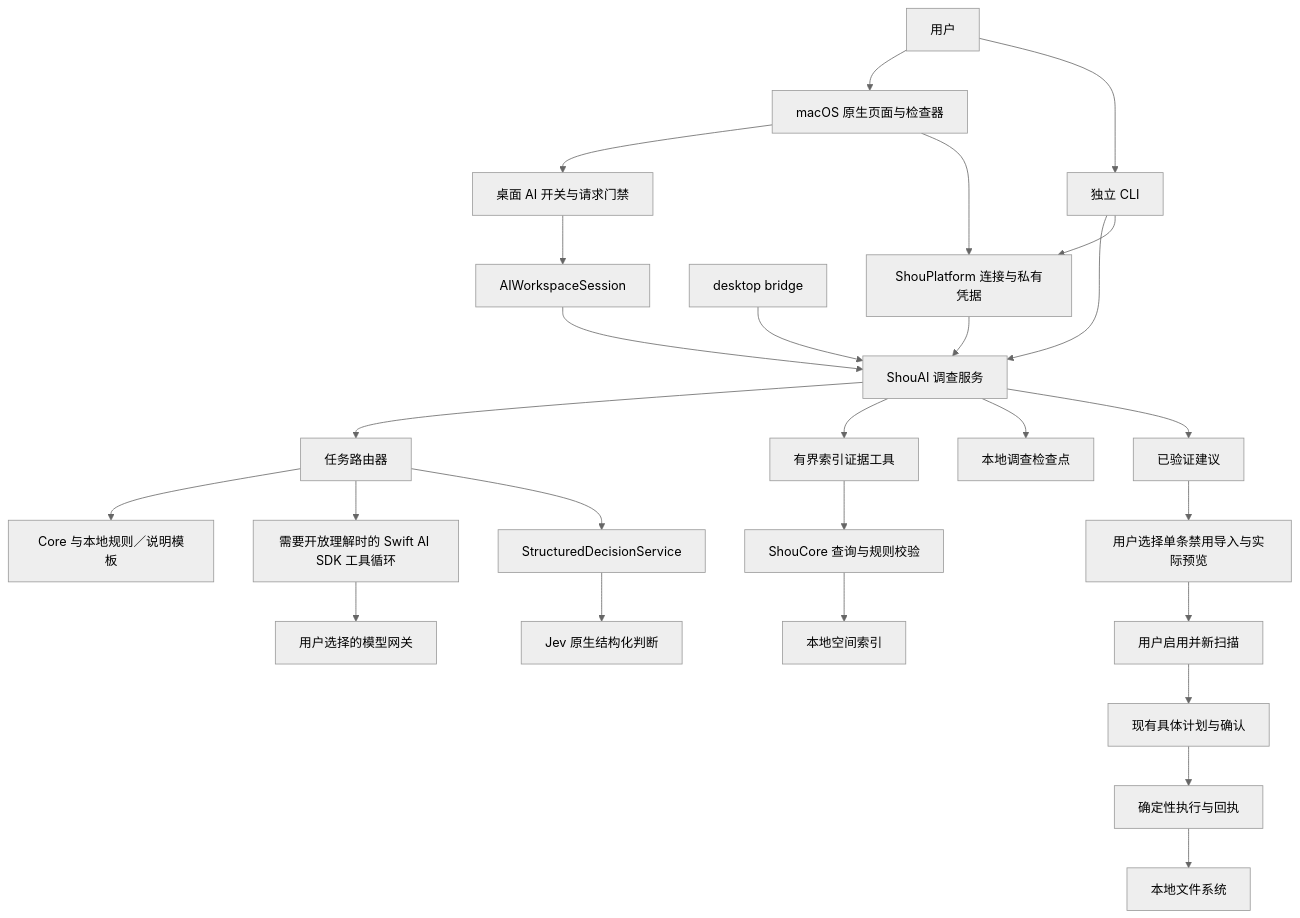
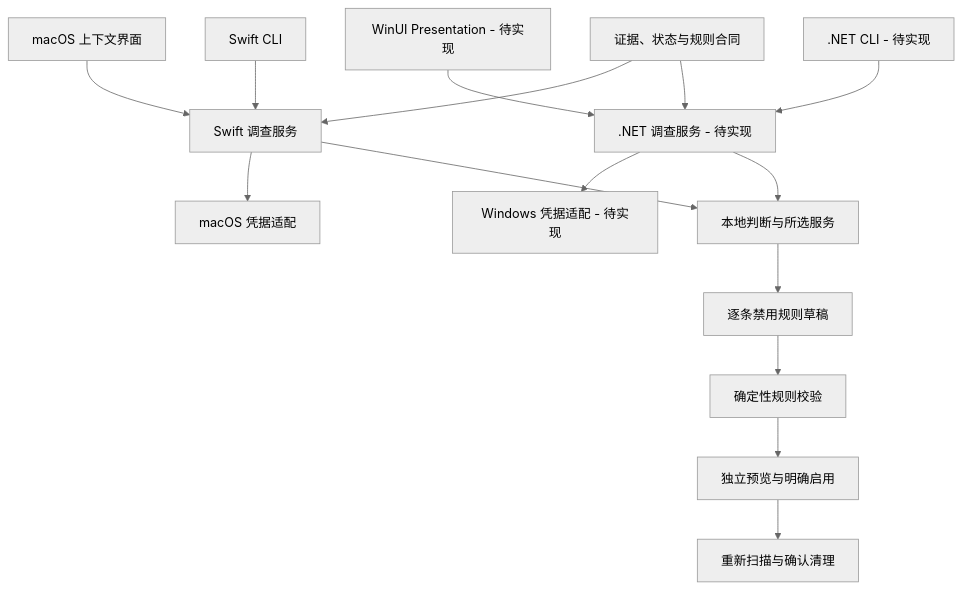
Before and after one commit to limecloud/shou: the first of 4 diagrams in docs/zh-CN/architecture/embedded-ai.md, drawn with Mermaid (neutral theme). The commit also changed other lines of this file and 312 other files, not shown here.

````diff
--- a/docs/zh-CN/architecture/embedded-ai.md
+++ b/docs/zh-CN/architecture/embedded-ai.md
@@ -9,29 +9,17 @@
 ```mermaid
 flowchart TB
-    User[用户] --> Desktop[macOS 原生页面与检查器]
-    User --> CLI[独立 CLI]
-    Desktop --> Gate[桌面 AI 开关与请求门禁]
-    Gate --> Session[AIWorkspaceSession]
-    Session --> Service[ShouAI 调查服务]
-    CLI --> Service
-    Bridge[desktop bridge] --> Service
-    Service --> Route[任务路由器]
-    Route --> Local[Core 与本地规则／说明模板]
-    Route --> SDK[需要开放理解时的 Swift AI SDK 工具循环]
-    SDK --> Provider[用户选择的模型网关]
-    Route --> Decision[StructuredDecisionService]
-    Decision --> Jev[Jev 原生结构化判断]
-    Service --> Evidence[有界索引证据工具]
-    Evidence --> Core[ShouCore 查询与规则校验]
-    Core --> Index[本地空间索引]
-    Service --> Checkpoint[本地调查检查点]
-    Desktop --> Profiles[ShouPlatform 连接与私有凭据]
-    CLI --> Profiles
-    Profiles --> Service
-    Service --> Advice[已验证建议]
-    Advice --> Preview[用户选择单条禁用导入与实际预览]
-    Preview --> Review[用户启用并新扫描]
-    Review --> Confirm[现有具体计划与确认]
-    Confirm --> Execute[确定性执行与回执]
-    Execute --> Files[本地文件系统]
+    MacUI[macOS 上下文界面] --> Swift[Swift 调查服务]
+    MacCLI[Swift CLI] --> Swift
+    WinUI[WinUI Presentation - 待实现] --> Dotnet[.NET 调查服务 - 待实现]
+    WinCLI[.NET CLI - 待实现] --> Dotnet
+    Contract[证据、状态与规则合同] --> Swift
+    Contract --> Dotnet
+    Swift --> MacCredentials[macOS 凭据适配]
+    Dotnet --> WinCredentials[Windows 凭据适配 - 待实现]
+    Swift --> Routing[本地判断与所选服务]
+    Dotnet --> Routing
+    Routing --> Draft[逐条禁用规则草稿]
+    Draft --> Parser[确定性规则校验]
+    Parser --> Preview[独立预览与明确启用]
+    Preview --> Scan[重新扫描与确认清理]
 ```
````
